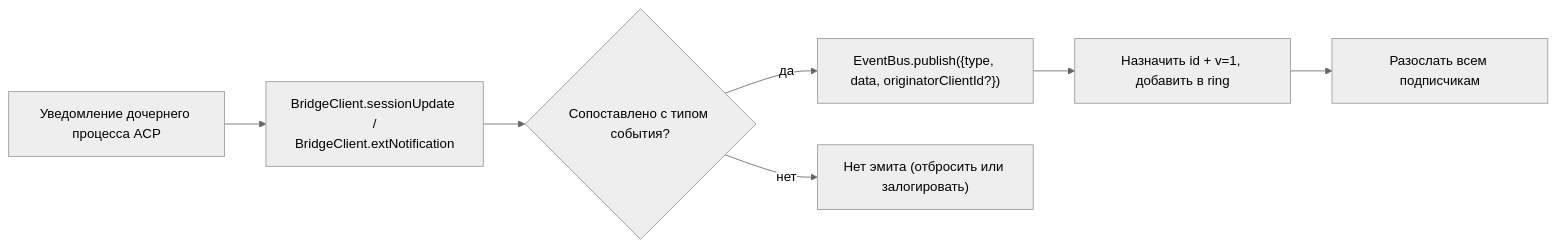
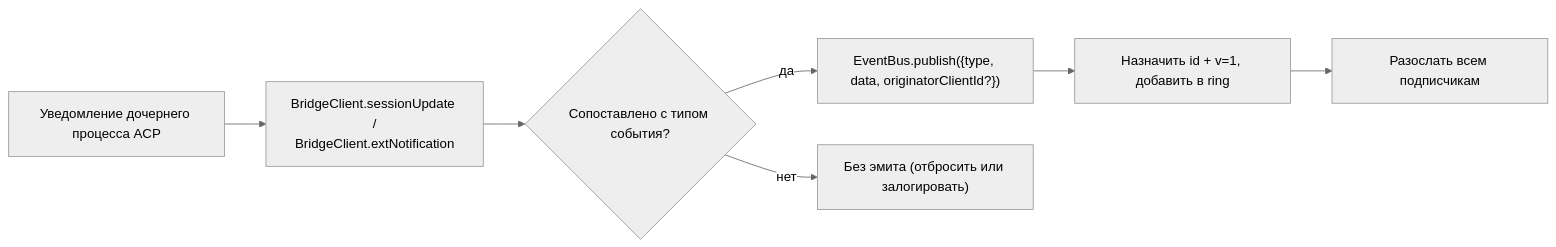
One commit to QwenLM/qwen-code-docs changed the first of 2 diagrams in website/content/ru/developers/daemon/09-event-schema.md. Above: the diagram before and after it, drawn with Mermaid (neutral theme). The commit also changed other lines of this file and 128 other files, not shown here.

````diff
--- a/website/content/ru/developers/daemon/09-event-schema.md
+++ b/website/content/ru/developers/daemon/09-event-schema.md
@@ -181,9 +182,9 @@
 ```mermaid
 flowchart LR
     A["Уведомление дочернего процесса ACP"] --> B["BridgeClient.sessionUpdate /<br/>BridgeClient.extNotification"]
     B --> C{"Сопоставлено с типом события?"}
     C -->|да| D["EventBus.publish({type, data, originatorClientId?})"]
-    C -->|нет| E["Нет эмита (отбросить или залогировать)"]
+    C -->|нет| E["Без эмита (отбросить или залогировать)"]
     D --> F["Назначить id + v=1, добавить в ring"]
     F --> G["Разослать всем подписчикам"]
 ```
````
